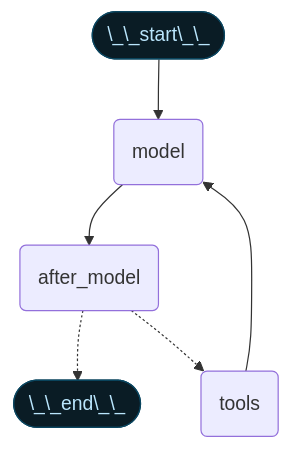
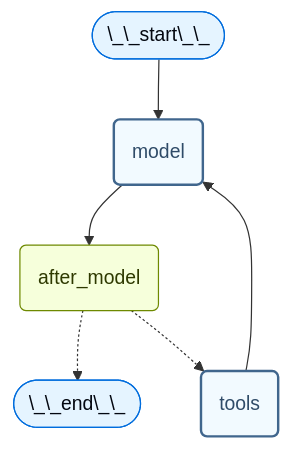
One commit to olorehq/olore changed the second of 2 diagrams in vault/packages/langchain/latest/contents/langchain/short-term-memory.mdx. Above: the diagram before and after it, drawn with Mermaid. The commit also changed other lines of this file and 14210 other files, not shown here.

````diff
--- a/vault/packages/langchain/latest/contents/langchain/short-term-memory.mdx
+++ b/vault/packages/langchain/latest/contents/langchain/short-term-memory.mdx
@@ -1067,26 +1076,28 @@
 ```mermaid
 %%{
     init: {
         "fontFamily": "monospace",
         "flowchart": {
         "curve": "basis"
-        },
-        "themeVariables": {"edgeLabelBackground": "transparent"}
+        }
     }
 }%%
 graph TD
     S(["\_\_start\_\_"])
     MODEL(model)
     POST(after_model)
     TOOLS(tools)
     END(["\_\_end\_\_"])
     S --> MODEL
     MODEL --> POST
     POST -.-> END
     POST -.-> TOOLS
     TOOLS --> MODEL
-    classDef blueHighlight fill:#0a1c25,stroke:#0a455f,color:#bae6fd;
+    classDef blueHighlight fill:#E5F4FF,stroke:#006DDD,color:#030710;
+    classDef greenHighlight fill:#F6FFDB,stroke:#6E8900,color:#2E3900;
+    classDef neutral fill:#F2FAFF,stroke:#40668D,stroke-width:2px,color:#2F4B68;
     class S blueHighlight;
     class END blueHighlight;
     class POST greenHighlight;
+    class MODEL,TOOLS neutral;
 ```
````
